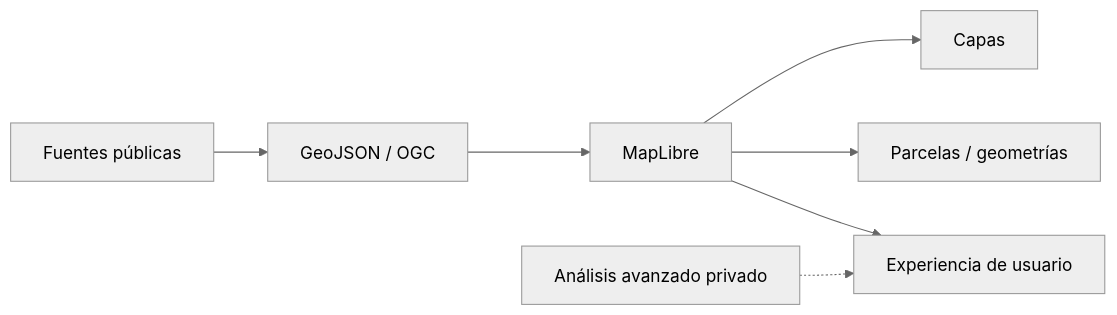
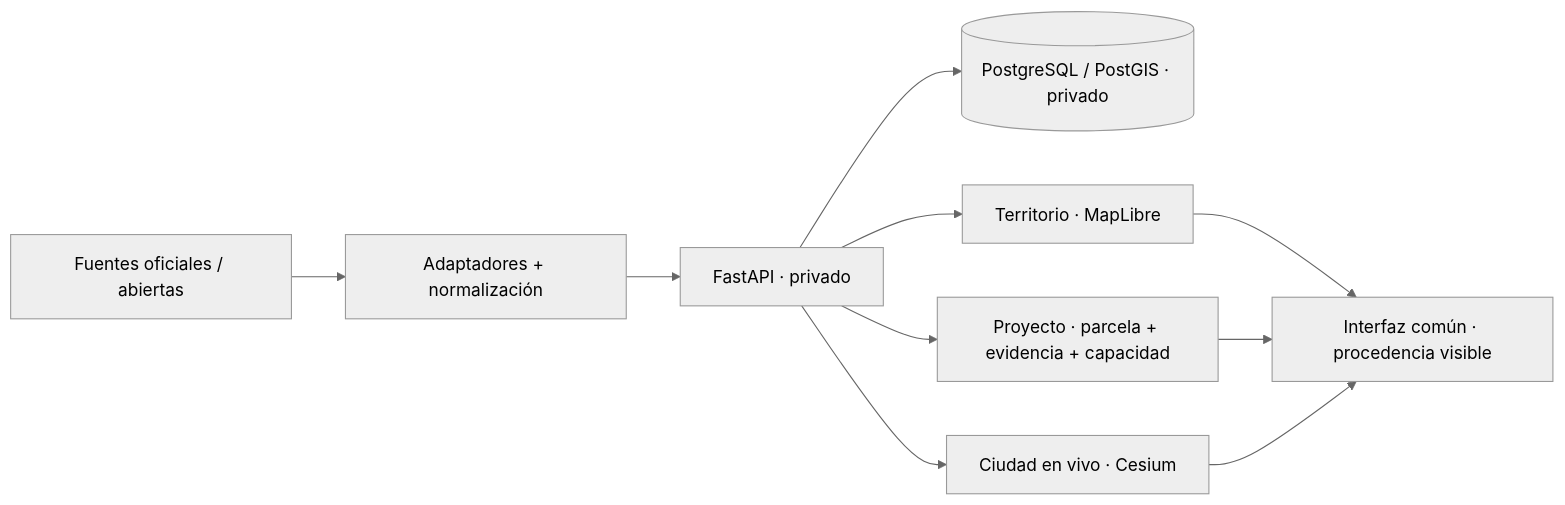
Before and after one commit to truquinio/sig-castelldefels-pro-portfolio: the diagram in docs/ARCHITECTURE.md, drawn with Mermaid (neutral theme). The commit also changed other lines of this file and 1 other file, not shown here.

````diff
--- a/docs/ARCHITECTURE.md
+++ b/docs/ARCHITECTURE.md
@@ -5,9 +5,12 @@
-~~~mermaid
+```mermaid
 flowchart LR
-    S["Fuentes públicas"] --> G["GeoJSON / OGC"]
-    G --> M["MapLibre"]
-    M --> C["Capas"]
-    M --> P["Parcelas / geometrías"]
-    M --> X["Experiencia de usuario"]
-    A["Análisis avanzado privado"] -.-> X
-~~~
+    O["Fuentes oficiales / abiertas"] --> N["Adaptadores + normalización"]
+    N --> API["FastAPI · privado"]
+    API --> DB[("PostgreSQL / PostGIS · privado")]
+    API --> T["Territorio · MapLibre"]
+    API --> P["Proyecto · parcela + evidencia + capacidad"]
+    API --> C["Ciudad en vivo · Cesium"]
+    T --> UX["Interfaz común · procedencia visible"]
+    P --> UX
+    C --> UX
+```
````
